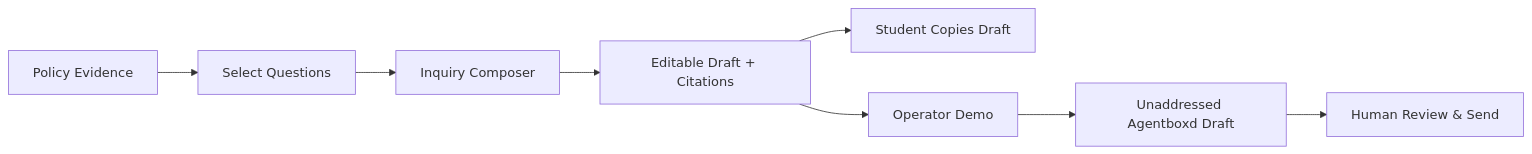
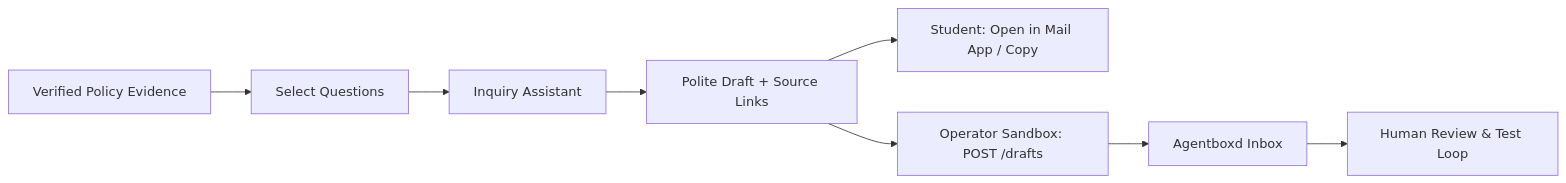
One commit to AtulACleaver/second-chance changed the first of 2 diagrams in README.md. Above: the diagram before and after it, drawn with Mermaid. The commit also changed other lines of this file and 1 other file, not shown here.

Commit message:
docs: clarify inquiry assistant flow and agentboxd sandbox architecture

````diff
--- a/README.md
+++ b/README.md
@@ -28,10 +31,10 @@
 ```mermaid
 flowchart LR
-    A["Policy Evidence"] --> B["Select Questions"]
-    B --> C["Inquiry Composer"]
-    C --> D["Editable Draft + Citations"]
-    D --> E["Student Copies Draft"]
-    D --> F["Operator Demo"]
-    F --> G["Unaddressed Agentboxd Draft"]
-    G --> H["Human Review & Send"]
+    A["Verified Policy Evidence"] --> B["Select Questions"]
+    B --> C["Inquiry Assistant"]
+    C --> D["Polite Draft + Source Links"]
+    D --> E["Student: Open in Mail App / Copy"]
+    D --> F["Operator Sandbox: POST /drafts"]
+    F --> G["Agentboxd Inbox"]
+    G --> H["Human Review & Test Loop"]
 ```
````
